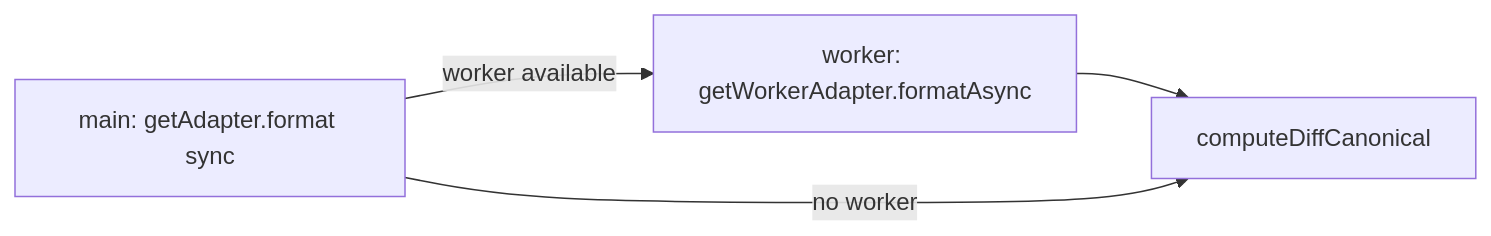
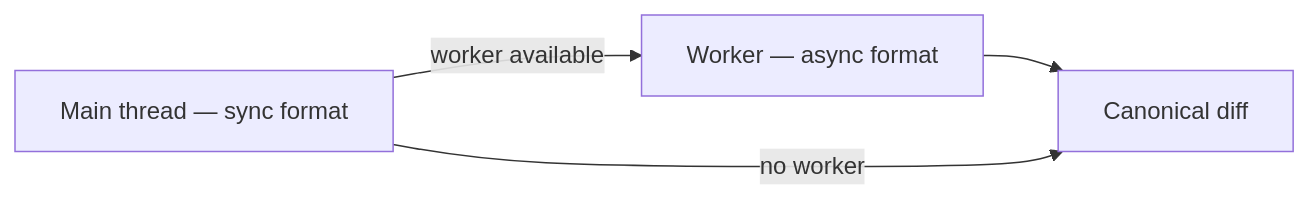
Before and after one commit to dimasbaguspm/syntaxdiff: the second of 5 diagrams in docs/ENGINEERING_SPEC.md, drawn with Mermaid. The commit also changed other lines of this file, not shown here.

Commit message:
docs: restructure engineering spec to purpose/problem/solution flow

````diff
--- a/docs/ENGINEERING_SPEC.md
+++ b/docs/ENGINEERING_SPEC.md
@@ -102,6 +54,6 @@
 ```mermaid
 flowchart LR
-  A[main: getAdapter.format sync] -->|worker available| B[worker: getWorkerAdapter.formatAsync]
-  B --> C[computeDiffCanonical]
-  A -->|no worker| C
+  Main[Main thread — sync format] -->|worker available| Worker[Worker — async format]
+  Worker --> Diff[Canonical diff]
+  Main -->|no worker| Diff
 ```
````
